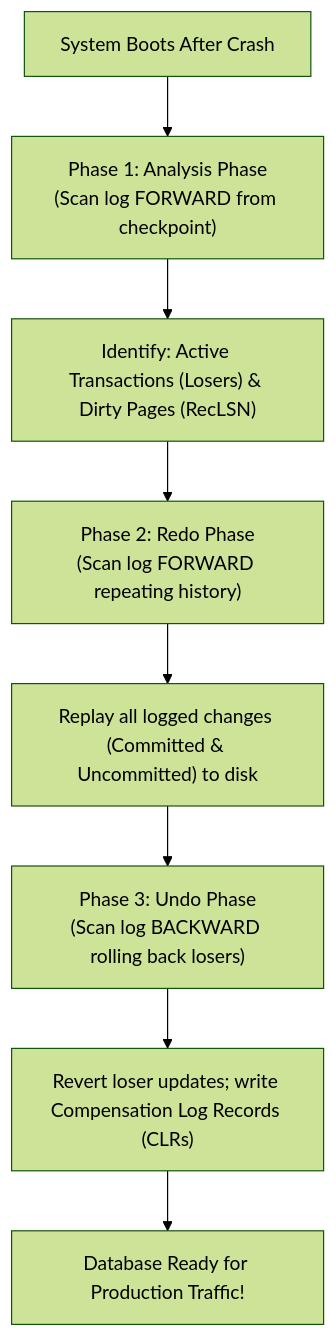
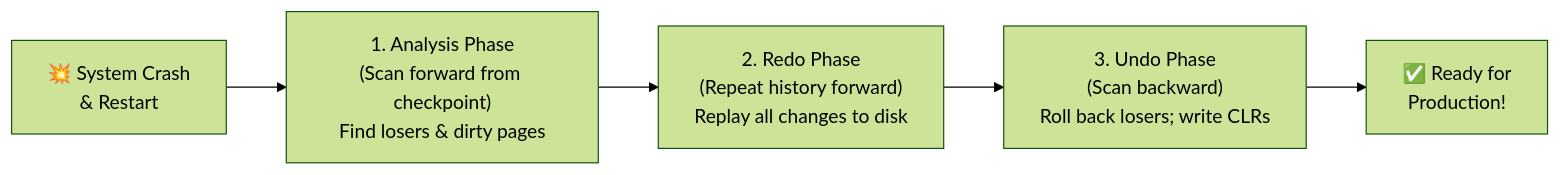
One commit to rohithgowda18/Notes changed diagram 18 of 18 in 02-DBMS/Transactions-and-Concurrency-Control.md. Above: the diagram before and after it, drawn with Mermaid (forest theme). The commit also changed other lines of this file and 15 other files, not shown here.

Commit message:
docs: audit Mermaid diagrams, optimize side-by-side layouts, and deduplicate DBMS advanced notes

````diff
--- a/02-DBMS/Transactions-and-Concurrency-Control.md
+++ b/02-DBMS/Transactions-and-Concurrency-Control.md
@@ -603,13 +591,7 @@
 ```mermaid
-flowchart TD
-    Crash["System Boots After Crash"] --> P1["Phase 1: Analysis Phase\n(Scan log FORWARD from checkpoint)"]
-    P1 --> P1_Out["Identify: Active Transactions (Losers) & Dirty Pages (RecLSN)"]
-
-    P1_Out --> P2["Phase 2: Redo Phase\n(Scan log FORWARD repeating history)"]
-    P2 --> P2_Out["Replay all logged changes (Committed & Uncommitted) to disk"]
-
-    P2_Out --> P3["Phase 3: Undo Phase\n(Scan log BACKWARD rolling back losers)"]
-    P3 --> P3_Out["Revert loser updates; write Compensation Log Records (CLRs)"]
-
-    P3_Out --> Done["Database Ready for Production Traffic!"]
+flowchart LR
+    Crash["💥 System Crash<br/>& Restart"] --> P1["1. Analysis Phase<br/>(Scan forward from checkpoint)<br/>Find losers & dirty pages"]
+    P1 --> P2["2. Redo Phase<br/>(Repeat history forward)<br/>Replay all changes to disk"]
+    P2 --> P3["3. Undo Phase<br/>(Scan backward)<br/>Roll back losers; write CLRs"]
+    P3 --> Done["✅ Ready for<br/>Production!"]
 ```
````
